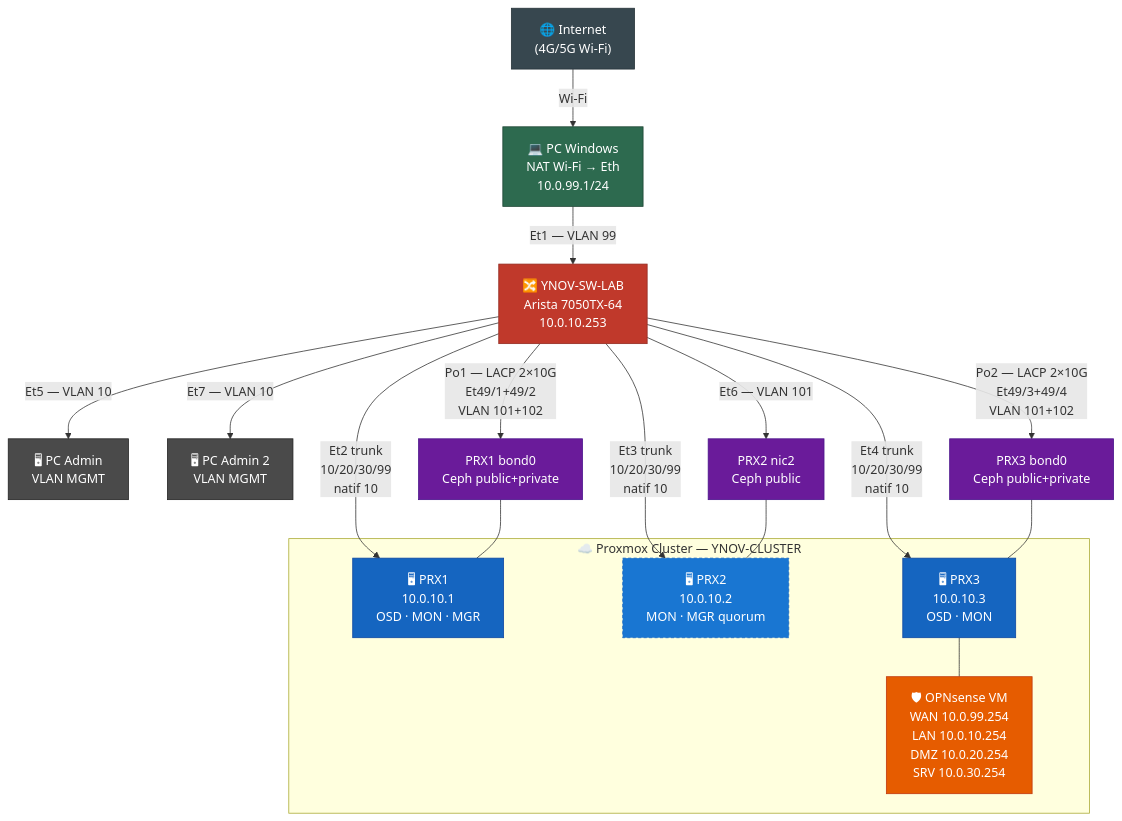
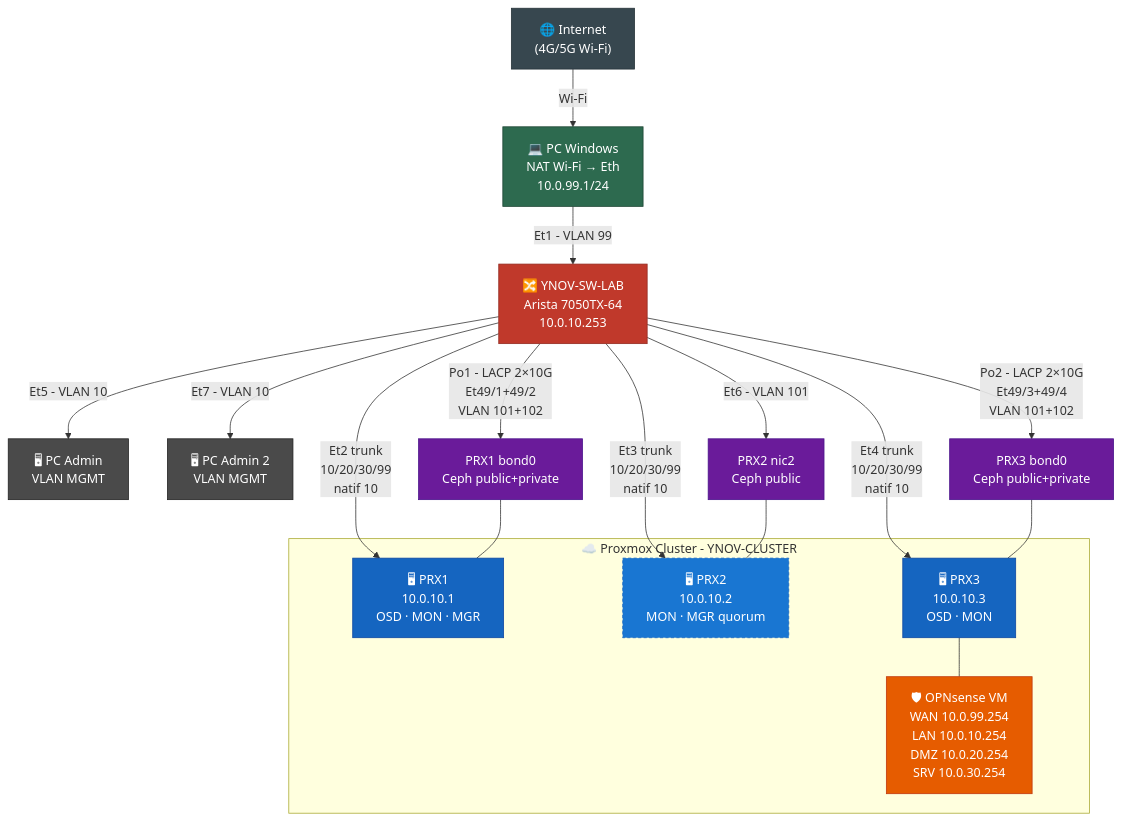
The first of 4 diagrams in docs/architecture.md (astronas/ynov-virtu), drawn with Mermaid before and after one commit. The commit also changed other lines of this file and 47 other files, not shown here.

````diff
--- a/docs/architecture.md
+++ b/docs/architecture.md
@@ -15,41 +15,41 @@
 ```mermaid
 graph TD
     classDef internet  fill:#37474f,stroke:#263238,color:#fff
     classDef win       fill:#2d6a4f,stroke:#1b4332,color:#fff
     classDef switch    fill:#c0392b,stroke:#922b21,color:#fff
     classDef proxmox   fill:#1565c0,stroke:#0d47a1,color:#fff
     classDef quorum    fill:#1976d2,stroke:#1565c0,color:#fff,stroke-dasharray:4 3
     classDef opnsense  fill:#e65c00,stroke:#bf360c,color:#fff
     classDef ceph      fill:#6a1b9a,stroke:#4a148c,color:#fff
     classDef admin     fill:#4a4a4a,stroke:#222,color:#fff
 
     INET["🌐 Internet\n(4G/5G Wi-Fi)"]:::internet
     WIN["💻 PC Windows\nNAT Wi-Fi → Eth\n10.0.99.1/24"]:::win
     SW["🔀 YNOV-SW-LAB\nArista 7050TX-64\n10.0.10.253"]:::switch
 
     INET -->|Wi-Fi| WIN
-    WIN -->|Et1 — VLAN 99| SW
+    WIN -->|Et1 - VLAN 99| SW
 
     SW -->|Et2 trunk\n10/20/30/99\nnatif 10| PRX1
     SW -->|Et3 trunk\n10/20/30/99\nnatif 10| PRX2
     SW -->|Et4 trunk\n10/20/30/99\nnatif 10| PRX3
 
-    SW -->|Et5 — VLAN 10| PCADM["🖥 PC Admin\nVLAN MGMT"]:::admin
-    SW -->|Et7 — VLAN 10| PCADM2["🖥 PC Admin 2\nVLAN MGMT"]:::admin
+    SW -->|Et5 - VLAN 10| PCADM["🖥 PC Admin\nVLAN MGMT"]:::admin
+    SW -->|Et7 - VLAN 10| PCADM2["🖥 PC Admin 2\nVLAN MGMT"]:::admin
 
-    SW -->|Po1 — LACP 2×10G\nEt49/1+49/2\nVLAN 101+102| C1["PRX1 bond0\nCeph public+private"]:::ceph
-    SW -->|Et6 — VLAN 101| C2["PRX2 nic2\nCeph public"]:::ceph
-    SW -->|Po2 — LACP 2×10G\nEt49/3+49/4\nVLAN 101+102| C3["PRX3 bond0\nCeph public+private"]:::ceph
+    SW -->|Po1 - LACP 2×10G\nEt49/1+49/2\nVLAN 101+102| C1["PRX1 bond0\nCeph public+private"]:::ceph
+    SW -->|Et6 - VLAN 101| C2["PRX2 nic2\nCeph public"]:::ceph
+    SW -->|Po2 - LACP 2×10G\nEt49/3+49/4\nVLAN 101+102| C3["PRX3 bond0\nCeph public+private"]:::ceph
 
-    subgraph CLUSTER["☁️ Proxmox Cluster — YNOV-CLUSTER"]
+    subgraph CLUSTER["☁️ Proxmox Cluster - YNOV-CLUSTER"]
         PRX1["🖥 PRX1\n10.0.10.1\nOSD · MON · MGR"]:::proxmox
         PRX2["🖥 PRX2\n10.0.10.2\nMON · MGR quorum"]:::quorum
         PRX3["🖥 PRX3\n10.0.10.3\nOSD · MON"]:::proxmox
         OPN["🛡 OPNsense VM\nWAN 10.0.99.254\nLAN 10.0.10.254\nDMZ 10.0.20.254\nSRV 10.0.30.254"]:::opnsense
         PRX3 --- OPN
     end
 
     C1 --- PRX1
     C2 --- PRX2
     C3 --- PRX3
 ```
````
